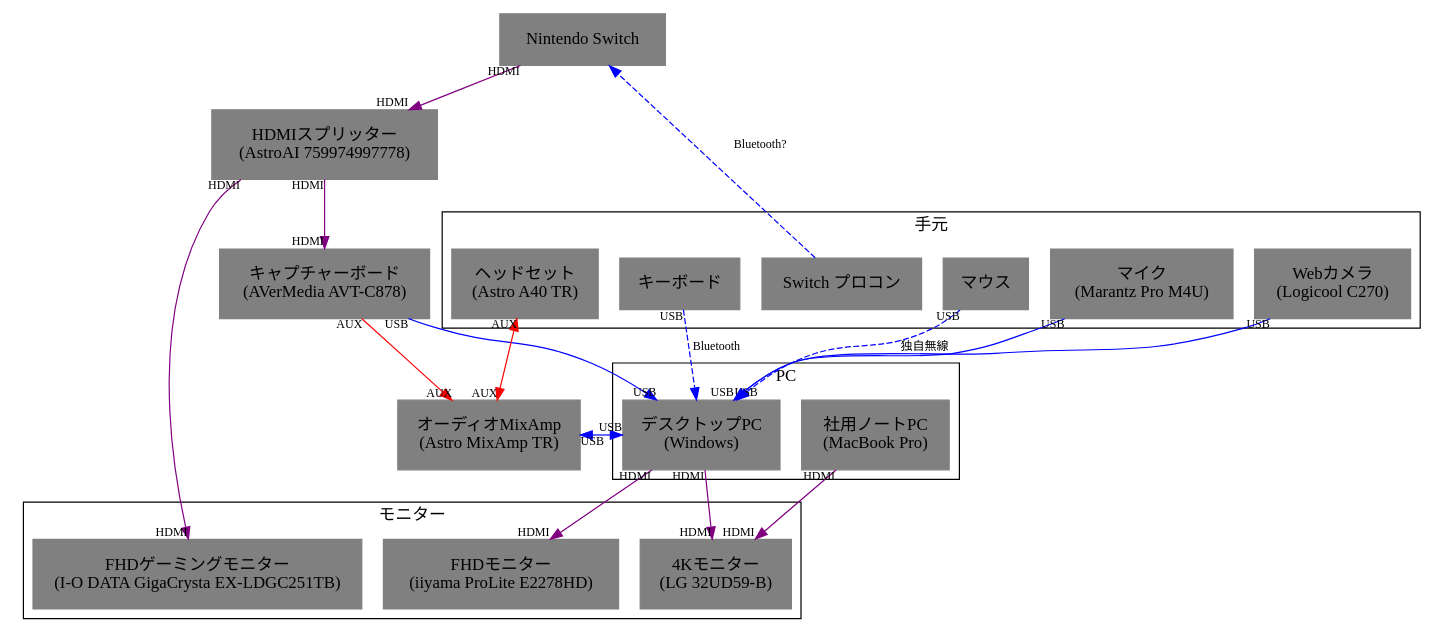
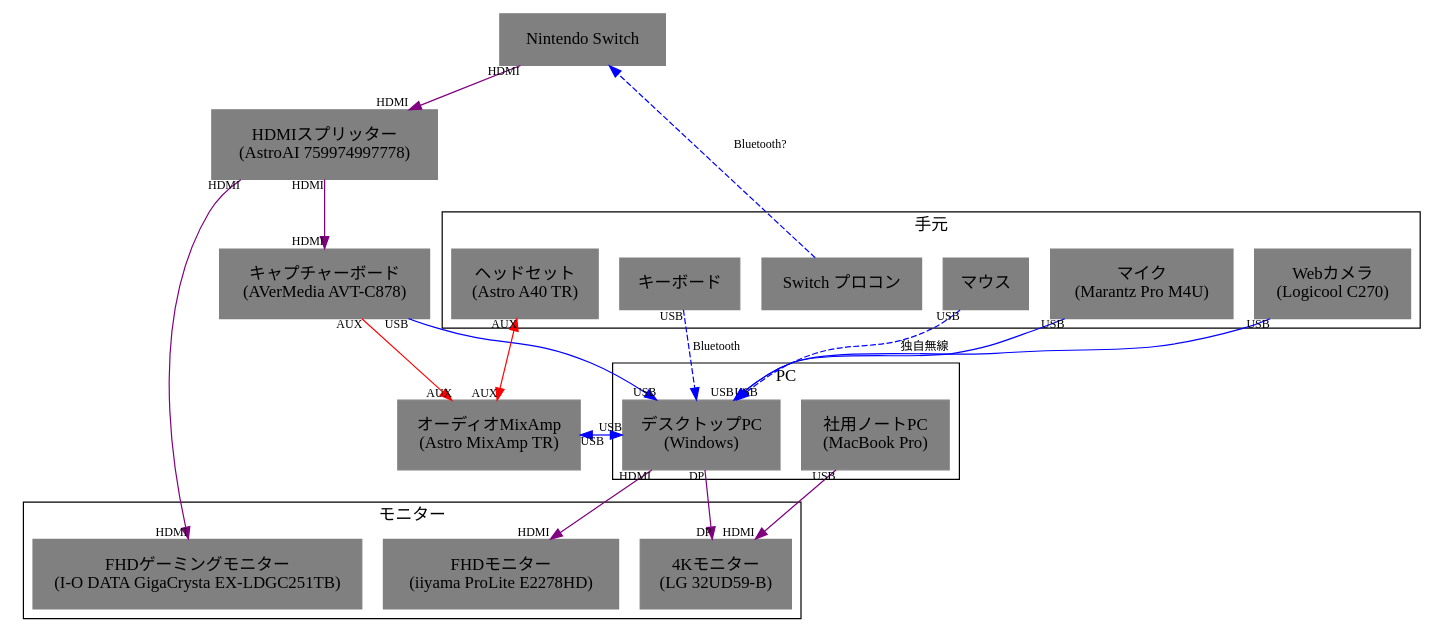
Before and after one commit to tubo28/desktop: the diagram in desktop.dot, drawn with Graphviz. The commit also changed 1 other file, not shown here.

```diff
--- a/desktop.dot
+++ b/desktop.dot
@@ -1,55 +1,55 @@
 digraph {
     graph [fontname="mplus-1p-light"];
     node [fontname="mplus-1p-light", margin=0.2];
     edge [fontname="mplus-1p-light", fontsize=10];
 
     hdmi_splitter [color="gray", label="HDMIスプリッター\n(AstroAI 759974997778)", shape="box", style="filled"];
     capture_board [color="gray", label="キャプチャーボード\n(AVerMedia AVT-C878)", shape="box", style="filled"];
     astro_mixamp [color="gray", label="オーディオMixAmp\n(Astro MixAmp TR)", shape="box", style="filled"];
 
     nintendo_switch [color="gray", label="Nintendo Switch", shape="box", style="filled"];
     { rank=min; nintendo_switch }
 
     subgraph cluster_pcs {
         label="PC"
         pc_windows [color="gray", label="デスクトップPC\n(Windows)", shape="box", style="filled"];
         pc_mbp [color="gray", label="社用ノートPC\n(MacBook Pro)", shape="box", style="filled"];
     }
 
     subgraph cluster_io {
         label="手元"
         headset [color="gray", label="ヘッドセット\n(Astro A40 TR)", shape="box", style="filled"];
         keyboard [color="gray", label="キーボード", shape="box", style="filled"];
         mouse [color="gray", label="マウス", shape="box", style="filled"];
         switch_controller [color="gray", label="Switch プロコン", shape="box", style="filled"];
         mic [color="gray", label="マイク\n(Marantz Pro M4U)", shape="box", style="filled"];
         cam [color="gray", label="Webカメラ\n(Logicool C270)", shape="box", style="filled"];
     }
 
     subgraph cluster_monitors {
         label="モニター";
         monitor_4k [color="gray", label="4Kモニター\n(LG 32UD59-B)", shape="box", style="filled"];
         monitor_gigacrysta [color="gray", label="FHDゲーミングモニター\n(I-O DATA GigaCrysta EX-LDGC251TB)", shape="box", style="filled"];
         monitor_iiyama [color="gray", label="FHDモニター\n(iiyama ProLite E2278HD)", shape="box", style="filled"];
     }
 
     nintendo_switch -> hdmi_splitter [headlabel="HDMI", taillabel="HDMI", color=purple];
     hdmi_splitter -> monitor_gigacrysta [headlabel="HDMI", taillabel="HDMI", color=purple];
     hdmi_splitter -> capture_board [headlabel="HDMI", taillabel="HDMI", color=purple];
     capture_board -> pc_windows [headlabel="USB", taillabel="USB", color=blue];
 
     mouse -> pc_windows [taillabel="USB", label="独自無線", style="dashed", color=blue];
     keyboard -> pc_windows [taillabel="USB", label="Bluetooth", style="dashed", color=blue];
     mic -> pc_windows [headlabel="USB", taillabel="USB", color=blue];
     cam -> pc_windows [headlabel="USB", taillabel="USB", color=blue];
 
-    pc_windows -> monitor_4k [headlabel="HDMI", taillabel="HDMI", color=purple];
+    pc_windows -> monitor_4k [headlabel="DP", taillabel="DP", color=purple];
     pc_windows -> monitor_iiyama [headlabel="HDMI", taillabel="HDMI", color=purple];
-    pc_mbp -> monitor_4k [headlabel="HDMI", taillabel="HDMI", color=purple];
+    pc_mbp -> monitor_4k [headlabel="HDMI", taillabel="USB", color=purple];
     pc_windows -> astro_mixamp [dir="both", headlabel="USB", taillabel="USB", color=blue]
     
     astro_mixamp -> headset [dir="both", headlabel="AUX", taillabel="AUX", color=red];
 
     switch_controller -> nintendo_switch [label="Bluetooth?", style="dashed", color=blue];
     capture_board -> astro_mixamp [headlabel="AUX", taillabel="AUX", color=red];
 }
```
